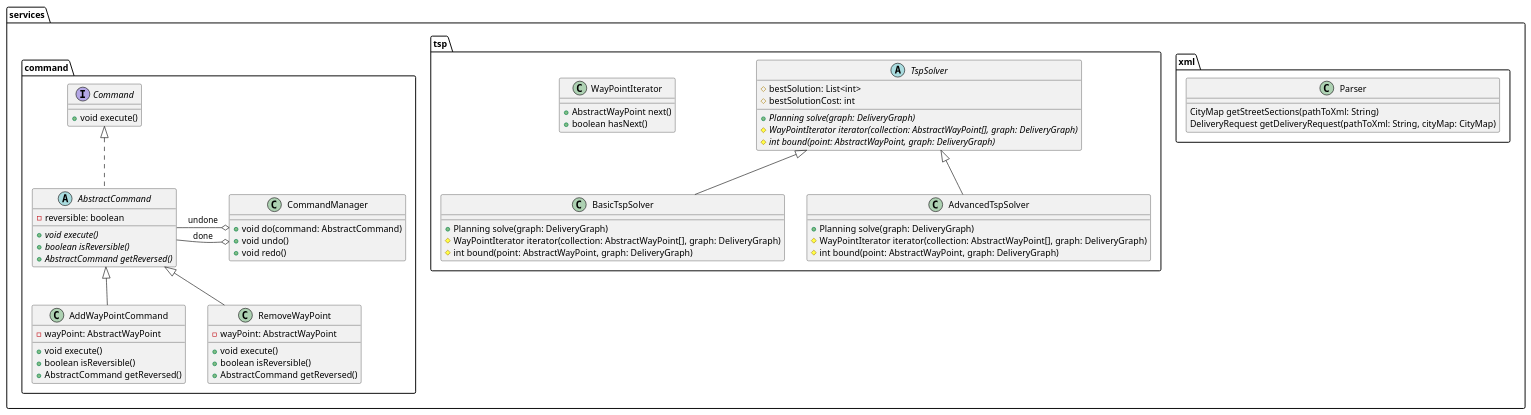
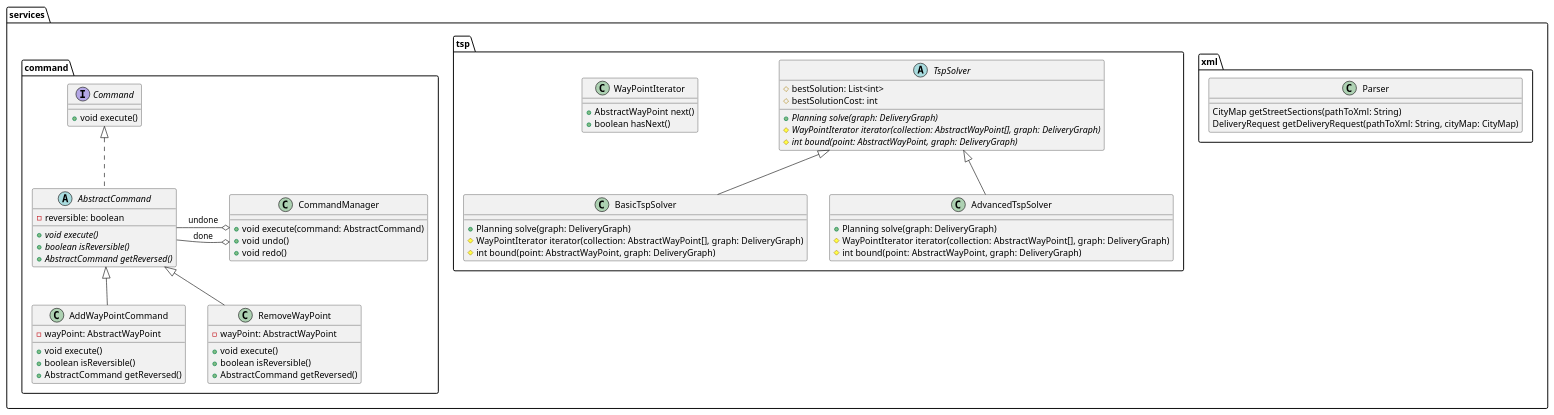
The diagram in docs/uml/package.services.puml (if-h4102/pld-agile), drawn with PlantUML before and after one commit.

Commit message:
Updated package.services.command to avoid java's problems with method name 'do()'

```diff
--- a/docs/uml/package.services.puml
+++ b/docs/uml/package.services.puml
@@ -1,82 +1,82 @@
 @startuml
 
 package services {
     package xml {
         class Parser {
             CityMap getStreetSections(pathToXml: String)
             DeliveryRequest getDeliveryRequest(pathToXml: String, cityMap: CityMap)
         }
     }
 
     package tsp {
         abstract class TspSolver {
             #bestSolution: List<int>
             #bestSolutionCost: int
             +{abstract} Planning solve(graph: DeliveryGraph)
             #{abstract} WayPointIterator iterator(collection: AbstractWayPoint[], graph: DeliveryGraph)
             #{abstract} int bound(point: AbstractWayPoint, graph: DeliveryGraph)
         }
 
         class BasicTspSolver {
             +Planning solve(graph: DeliveryGraph)
             #WayPointIterator iterator(collection: AbstractWayPoint[], graph: DeliveryGraph)
             #int bound(point: AbstractWayPoint, graph: DeliveryGraph)
         }
 
         class AdvancedTspSolver {
             +Planning solve(graph: DeliveryGraph)
             #WayPointIterator iterator(collection: AbstractWayPoint[], graph: DeliveryGraph)
             #int bound(point: AbstractWayPoint, graph: DeliveryGraph)
         }
 
         class WayPointIterator {
             +AbstractWayPoint next()
             +boolean hasNext()
         }
 
         TspSolver <|-- BasicTspSolver
         TspSolver <|-- AdvancedTspSolver
     }
 
     package command {
         class CommandManager {
-            +void do(command: AbstractCommand)
+            +void execute(command: AbstractCommand)
             +void undo()
             +void redo()
         }
 
         interface Command {
             +void execute()
         }
 
         abstract class AbstractCommand implements Command {
             -reversible: boolean
             +{abstract} void execute()
             +{abstract} boolean isReversible()
             +{abstract} AbstractCommand getReversed()
         }
 
         class AddWayPointCommand extends AbstractCommand {
             -wayPoint: AbstractWayPoint
             +void execute()
             +boolean isReversible()
             +AbstractCommand getReversed()
         }
 
         class RemoveWayPoint extends AbstractCommand {
             -wayPoint: AbstractWayPoint
             +void execute()
             +boolean isReversible()
             +AbstractCommand getReversed()
         }
 
         CommandManager o-left- AbstractCommand: done
         CommandManager o-left- AbstractCommand: undone
 
 
     }
 }
 
 
 
 @enduml
```
